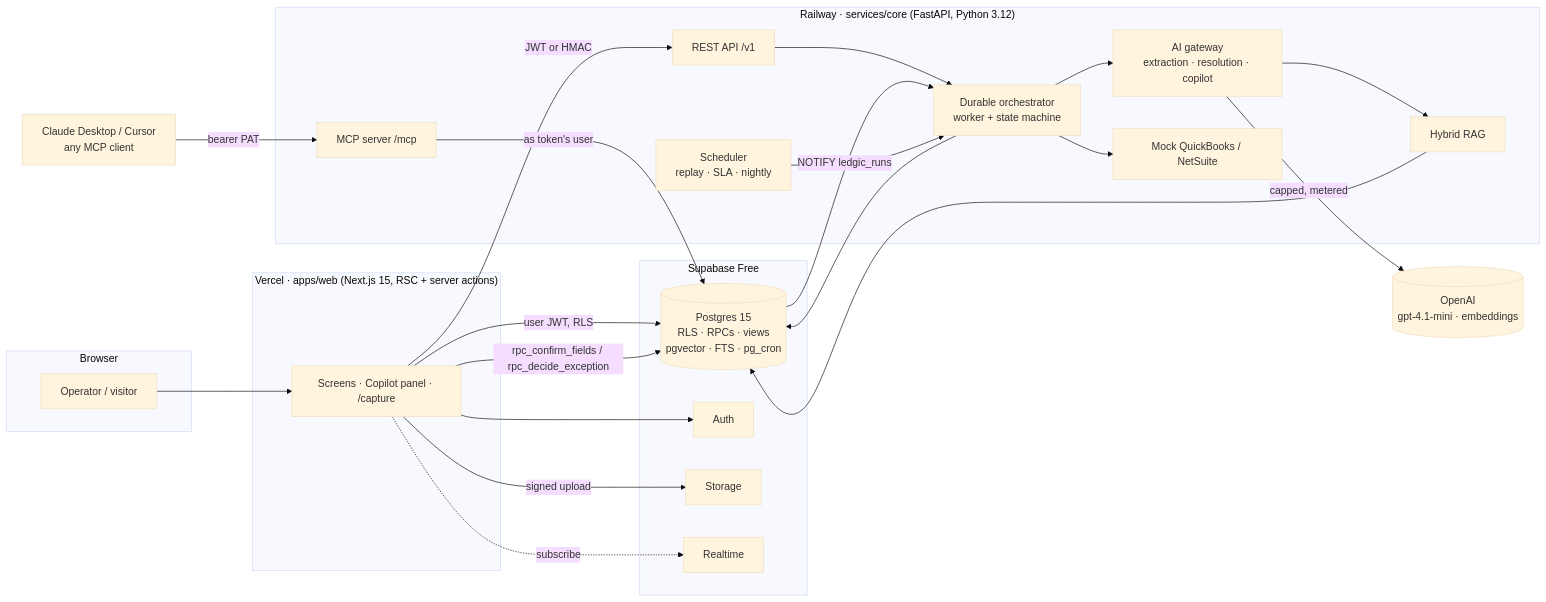
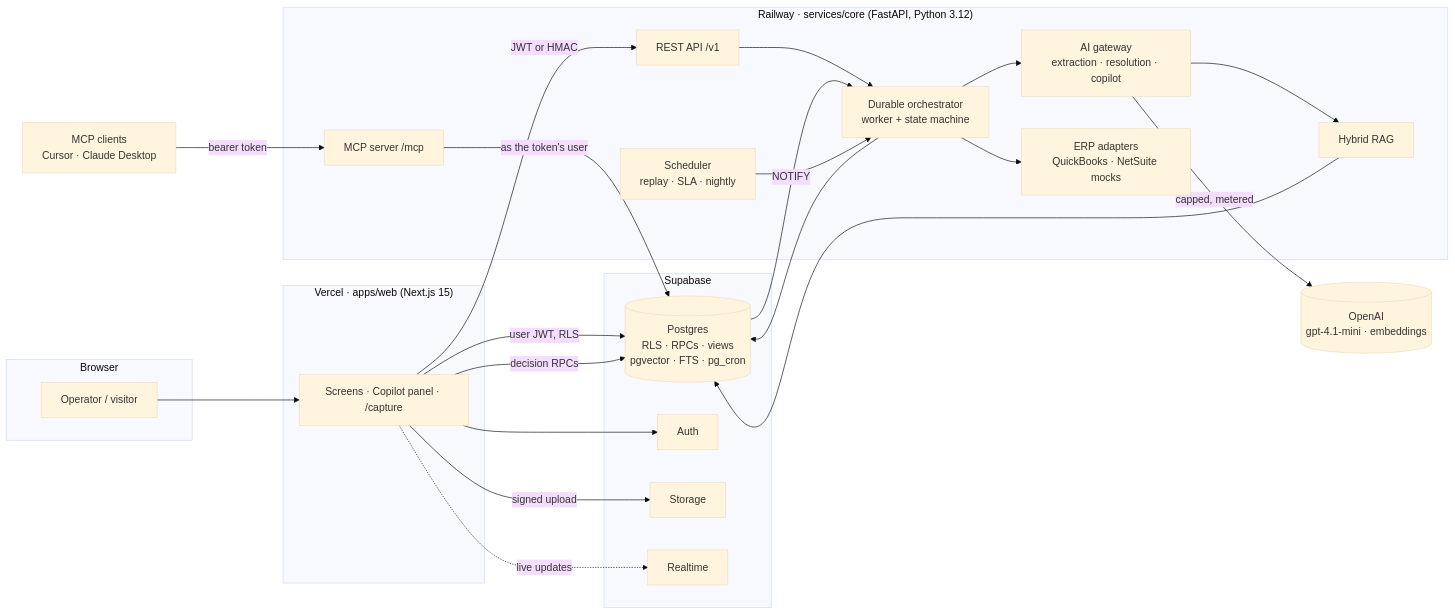
The first of 2 diagrams in README.md (alihdrndm/ledgic), drawn with Mermaid (base theme) before and after one commit. The commit also changed other lines of this file and 2 other files, not shown here.

````diff
--- a/README.md
+++ b/README.md
@@ -125,45 +129,45 @@
 ```mermaid
 flowchart LR
   subgraph Browser
     U[Operator / visitor]
   end
-  subgraph Vercel["Vercel · apps/web (Next.js 15, RSC + server actions)"]
+  subgraph Vercel["Vercel · apps/web (Next.js 15)"]
     W[Screens · Copilot panel · /capture]
   end
   subgraph Railway["Railway · services/core (FastAPI, Python 3.12)"]
     API[REST API /v1]
     ORCH[Durable orchestrator<br/>worker + state machine]
     AI[AI gateway<br/>extraction · resolution · copilot]
     RAG[Hybrid RAG]
     MCP[MCP server /mcp]
     SCH[Scheduler<br/>replay · SLA · nightly]
-    ERP[Mock QuickBooks / NetSuite]
+    ERP[ERP adapters<br/>QuickBooks · NetSuite mocks]
   end
-  subgraph Supabase["Supabase Free"]
-    PG[(Postgres 15<br/>RLS · RPCs · views<br/>pgvector · FTS · pg_cron)]
+  subgraph Supabase
+    PG[(Postgres<br/>RLS · RPCs · views<br/>pgvector · FTS · pg_cron)]
     AUTH[Auth]
     ST[Storage]
     RT[Realtime]
   end
   OAI[(OpenAI<br/>gpt-4.1-mini · embeddings)]
-  MC[Claude Desktop / Cursor<br/>any MCP client]
+  MC[MCP clients<br/>Cursor · Claude Desktop]
 
   U --> W
   W -- user JWT, RLS --> PG
-  W -- rpc_confirm_fields / rpc_decide_exception --> PG
+  W -- decision RPCs --> PG
   W -- JWT or HMAC --> API
-  W -. subscribe .-> RT
+  W -. live updates .-> RT
   W --> AUTH
   W -- signed upload --> ST
   API --> ORCH
-  PG -- NOTIFY ledgic_runs --> ORCH
+  PG -- NOTIFY --> ORCH
   ORCH --> AI
   AI --> RAG
   RAG --> PG
   ORCH --> ERP
   ORCH --> PG
   SCH --> ORCH
   AI -- capped, metered --> OAI
-  MC -- bearer PAT --> MCP
-  MCP -- as token's user --> PG
+  MC -- bearer token --> MCP
+  MCP -- as the token's user --> PG
 ```
````
